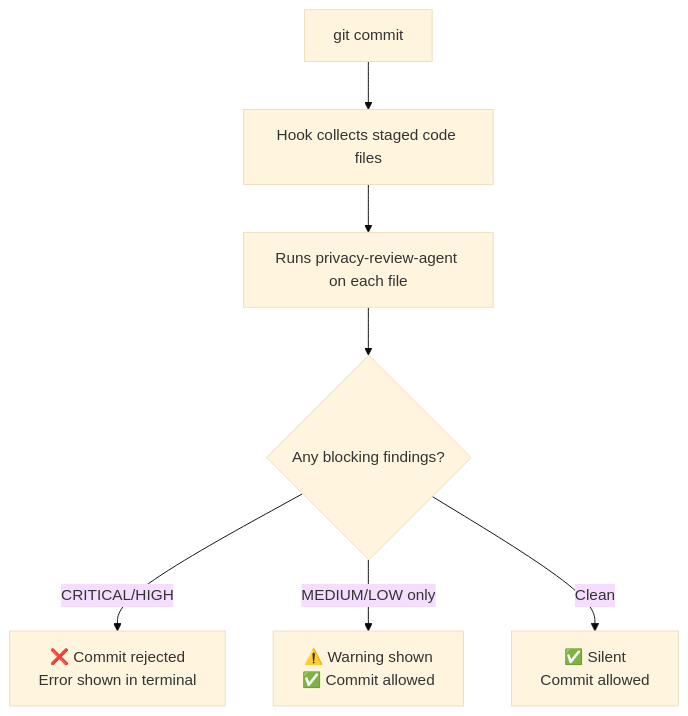
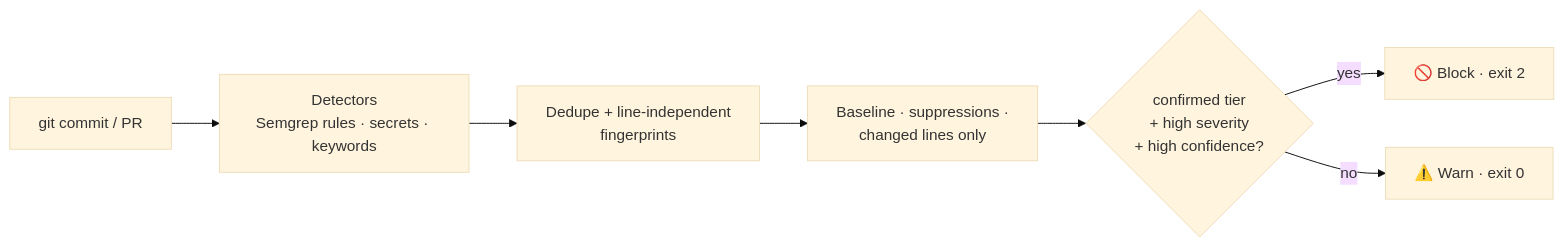
The diagram in README.md (mukta2701/privacy-review-agent), drawn with Mermaid (base theme) before and after one commit. The commit also changed other lines of this file, not shown here.

Commit message:
Rewrite README for a one-glance overview of what the agent does and why

````diff
--- a/README.md
+++ b/README.md
@@ -521,9 +113,9 @@
 ```mermaid
-flowchart TD
-    A[git commit] --> B[Hook collects staged code files]
-    B --> C[Runs privacy-review-agent on each file]
-    C --> D{Any blocking findings?}
-    D -- CRITICAL/HIGH --> E[❌ Commit rejected\nError shown in terminal]
-    D -- MEDIUM/LOW only --> F[⚠️ Warning shown\n✅ Commit allowed]
-    D -- Clean --> G[✅ Silent\nCommit allowed]
+flowchart LR
+    A[git commit / PR] --> B[Detectors<br/>Semgrep rules · secrets · keywords]
+    B --> C[Dedupe + line-independent<br/>fingerprints]
+    C --> D[Baseline · suppressions ·<br/>changed lines only]
+    D --> E{confirmed tier<br/>+ high severity<br/>+ high confidence?}
+    E -- yes --> F[🚫 Block · exit 2]
+    E -- no --> G[⚠️ Warn · exit 0]
 ```
````
